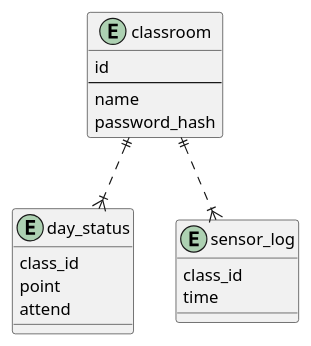
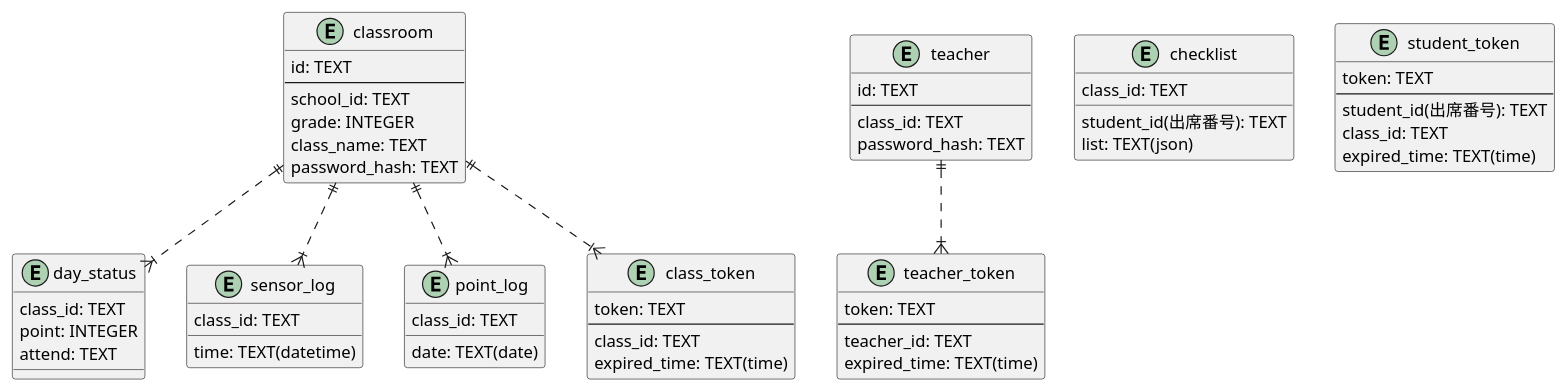
One commit to 2024-Kosen-programming-contest-Ube/ecowatch_backend changed the diagram in documents/db.pu. Above: the diagram before and after it, drawn with PlantUML.

Commit message:
Update db structure

```diff
--- a/documents/db.pu
+++ b/documents/db.pu
@@ -1,22 +1,70 @@
-@startuml
+@startuml database
+
 entity classroom {
-  id
+  id: TEXT
   --
-  name
-  password_hash
+  school_id: TEXT
+  grade: INTEGER
+  class_name: TEXT
+  password_hash: TEXT
+}
+
+entity teacher {
+  id: TEXT
+  --
+  class_id: TEXT
+  password_hash: TEXT
 }
 
 entity day_status {
-  class_id
-  point
-  attend
+  class_id: TEXT
+  point: INTEGER
+  attend: TEXT
 }
 
 entity sensor_log {
-  class_id
-  time
+  class_id: TEXT
+  time: TEXT(datetime)
+}
+
+entity checklist {
+  student_id(出席番号): TEXT
+  class_id: TEXT
+  list: TEXT(json)
+}
+
+entity point_log {
+  class_id: TEXT
+  date: TEXT(date)
+}
+
+entity class_token {
+  token: TEXT
+  --
+  class_id: TEXT
+  expired_time: TEXT(time)
+}
+
+entity teacher_token {
+  token: TEXT
+  --
+  teacher_id: TEXT
+  expired_time: TEXT(time)
+}
+
+entity student_token {
+  token: TEXT
+  --
+  student_id(出席番号): TEXT
+  class_id: TEXT
+  expired_time: TEXT(time)
 }
 
 classroom ||..|{ day_status
 classroom ||..|{ sensor_log
+classroom ||..|{ point_log
+
+classroom ||..|{ class_token
+teacher ||..|{ teacher_token
+
 @enduml
```
